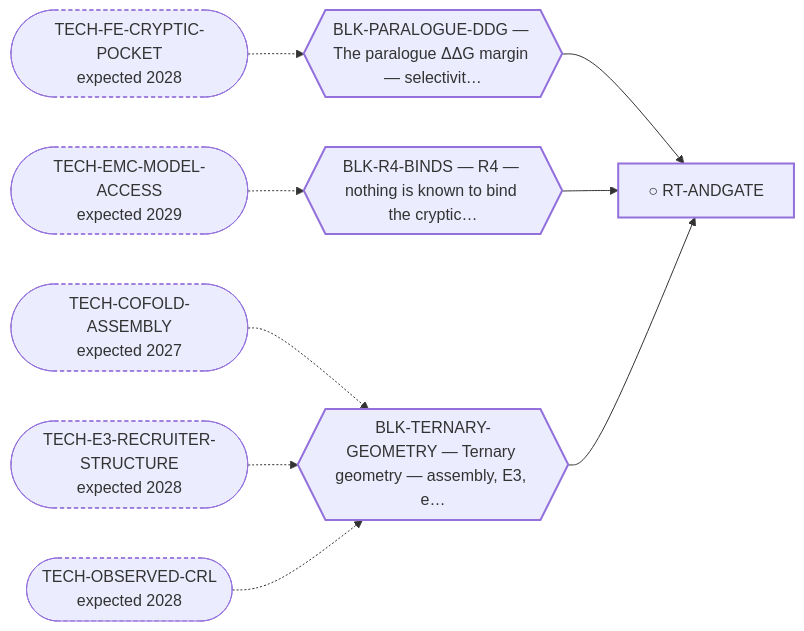
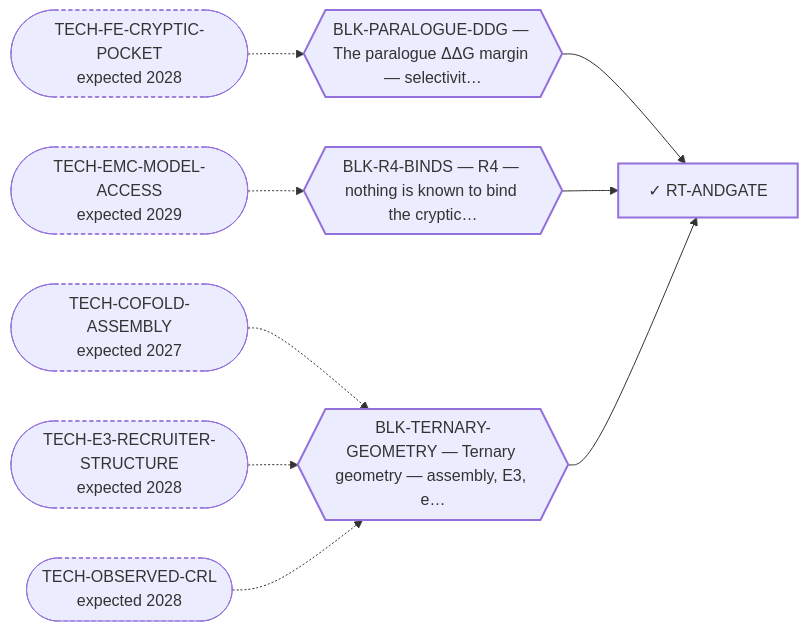
Before and after one commit to trimcrae/Rare-cancers: the diagram in systems/views/L2-rt-andgate.md, drawn with Mermaid. The commit also changed other lines of this file and 16 other files, not shown here.

````diff
--- a/systems/views/L2-rt-andgate.md
+++ b/systems/views/L2-rt-andgate.md
@@ -27,24 +27,24 @@
 ```mermaid
 flowchart LR
-  RT_ANDGATE["○ RT-ANDGATE"]:::fam
+  RT_ANDGATE["✓ RT-ANDGATE"]:::fam
   BLK_PARALOGUE_DDG{{"BLK-PARALOGUE-DDG — The paralogue ΔΔG margin — selectivit…"}}:::blk
   BLK_PARALOGUE_DDG --> RT_ANDGATE
   TECH_FE_CRYPTIC_POCKET(["TECH-FE-CRYPTIC-POCKET<br/>expected 2028"]):::tech
   TECH_FE_CRYPTIC_POCKET -.-> BLK_PARALOGUE_DDG
   BLK_R4_BINDS{{"BLK-R4-BINDS — R4 — nothing is known to bind the cryptic…"}}:::blk
   BLK_R4_BINDS --> RT_ANDGATE
   TECH_EMC_MODEL_ACCESS(["TECH-EMC-MODEL-ACCESS<br/>expected 2029"]):::tech
   TECH_EMC_MODEL_ACCESS -.-> BLK_R4_BINDS
   BLK_TERNARY_GEOMETRY{{"BLK-TERNARY-GEOMETRY — Ternary geometry — assembly, E3, e…"}}:::blk
   BLK_TERNARY_GEOMETRY --> RT_ANDGATE
   TECH_COFOLD_ASSEMBLY(["TECH-COFOLD-ASSEMBLY<br/>expected 2027"]):::tech
   TECH_COFOLD_ASSEMBLY -.-> BLK_TERNARY_GEOMETRY
   TECH_E3_RECRUITER_STRUCTURE(["TECH-E3-RECRUITER-STRUCTURE<br/>expected 2028"]):::tech
   TECH_E3_RECRUITER_STRUCTURE -.-> BLK_TERNARY_GEOMETRY
   TECH_OBSERVED_CRL(["TECH-OBSERVED-CRL<br/>expected 2028"]):::tech
   TECH_OBSERVED_CRL -.-> BLK_TERNARY_GEOMETRY
   classDef fam stroke-width:2px;
   classDef blk stroke-width:2px;
   classDef perm stroke-width:4px;
   classDef tech stroke-width:1px,stroke-dasharray:4 3;
 ```
````
